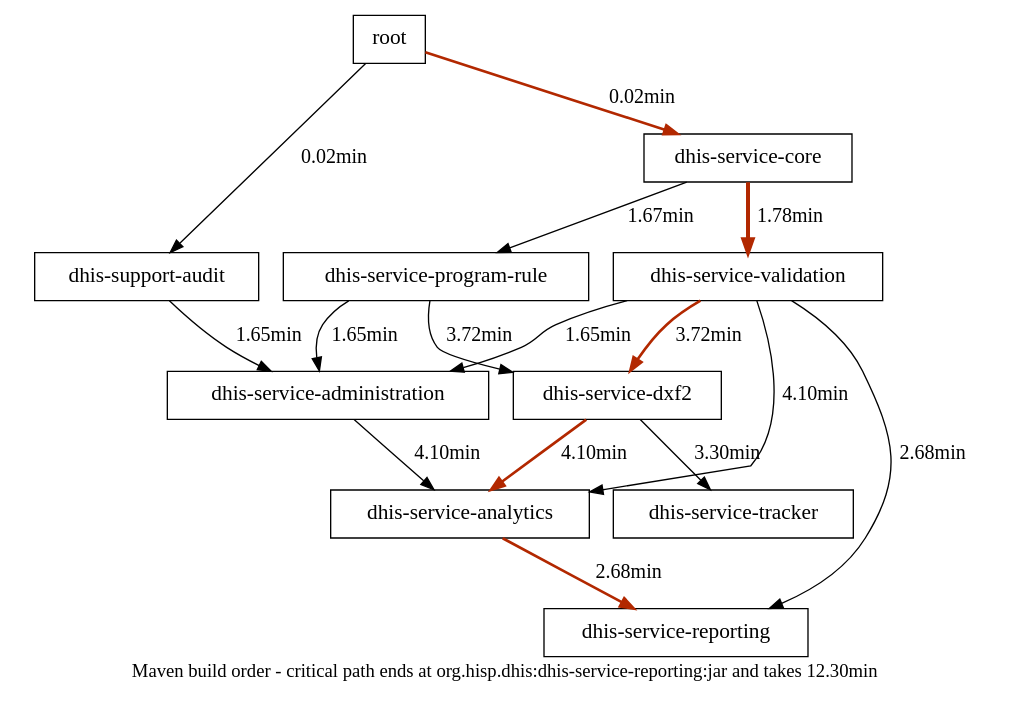
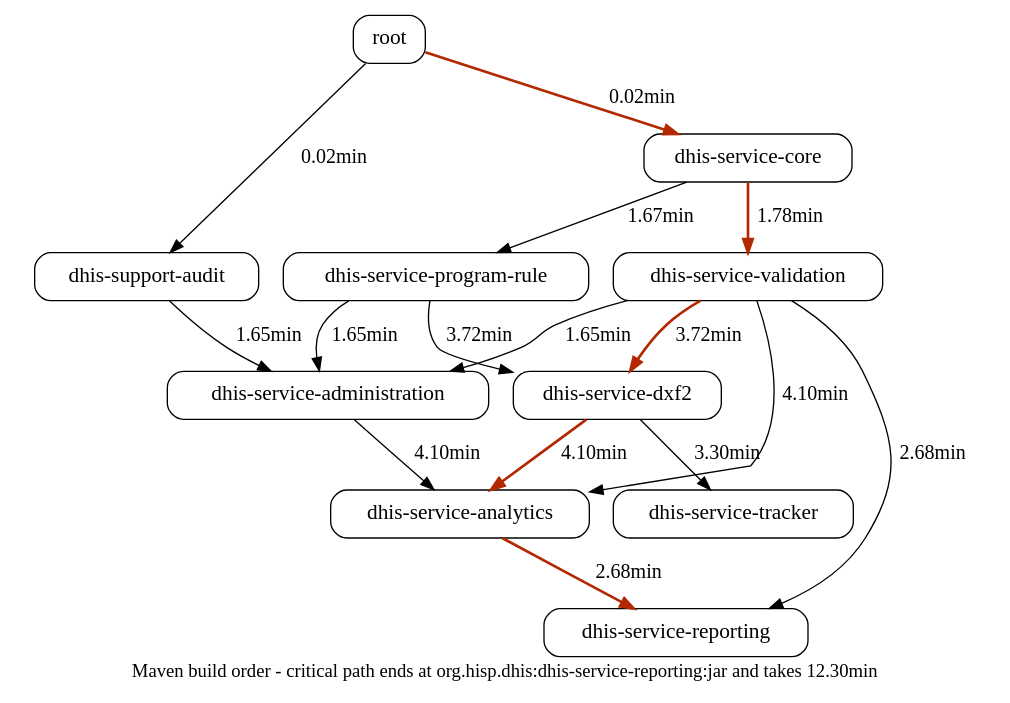
Before and after one commit to teleivo/critic: the diagram in critical_path.dot, drawn with Graphviz. The commit also changed 4 other files, not shown here.

```diff
--- a/critical_path.dot
+++ b/critical_path.dot
@@ -1,28 +1,28 @@
 strict digraph "maven build order" {
   label="Maven build order - critical path ends at org.hisp.dhis:dhis-service-reporting:jar and takes 12.30min";
-  "org.hisp.dhis:dhis-service-validation:jar" [ label="dhis-service-validation" shape="box" fontsize="16" ];
-  "org.hisp.dhis:dhis-service-core:jar" [ label="dhis-service-core" shape="box" fontsize="16" ];
-  "org.hisp.dhis:dhis-service-program-rule:jar" [ label="dhis-service-program-rule" shape="box" fontsize="16" ];
-  "org.hisp.dhis:dhis-service-administration:jar" [ label="dhis-service-administration" shape="box" fontsize="16" ];
-  "org.hisp.dhis:dhis-support-audit:jar" [ label="dhis-support-audit" shape="box" fontsize="16" ];
-  "org.hisp.dhis:dhis-service-dxf2:jar" [ label="dhis-service-dxf2" shape="box" fontsize="16" ];
-  "org.hisp.dhis:dhis-service-analytics:jar" [ label="dhis-service-analytics" shape="box" fontsize="16" ];
-  "org.hisp.dhis:dhis-service-tracker:jar" [ label="dhis-service-tracker" shape="box" fontsize="16" ];
-  "org.hisp.dhis:dhis-service-reporting:jar" [ label="dhis-service-reporting" shape="box" fontsize="16" ];
-  "root:root:null" [ label="root" shape="box" fontsize="16" ];
-  "org.hisp.dhis:dhis-service-core:jar" -> "org.hisp.dhis:dhis-service-validation:jar" [ penwidth="3" color="#b22800" weight="107.0" fontsize="15" label="1.78min" ];
+  "org.hisp.dhis:dhis-service-validation:jar" [ label="dhis-service-validation" fontsize="16" shape="box" style="rounded" ];
+  "org.hisp.dhis:dhis-service-core:jar" [ label="dhis-service-core" fontsize="16" shape="box" style="rounded" ];
+  "org.hisp.dhis:dhis-service-program-rule:jar" [ label="dhis-service-program-rule" fontsize="16" shape="box" style="rounded" ];
+  "org.hisp.dhis:dhis-service-administration:jar" [ label="dhis-service-administration" fontsize="16" shape="box" style="rounded" ];
+  "org.hisp.dhis:dhis-support-audit:jar" [ label="dhis-support-audit" fontsize="16" shape="box" style="rounded" ];
+  "org.hisp.dhis:dhis-service-dxf2:jar" [ label="dhis-service-dxf2" fontsize="16" shape="box" style="rounded" ];
+  "org.hisp.dhis:dhis-service-analytics:jar" [ label="dhis-service-analytics" fontsize="16" shape="box" style="rounded" ];
+  "org.hisp.dhis:dhis-service-tracker:jar" [ label="dhis-service-tracker" fontsize="16" shape="box" style="rounded" ];
+  "org.hisp.dhis:dhis-service-reporting:jar" [ label="dhis-service-reporting" fontsize="16" shape="box" style="rounded" ];
+  "root:root:null" [ label="root" fontsize="16" shape="box" style="rounded" ];
+  "org.hisp.dhis:dhis-service-core:jar" -> "org.hisp.dhis:dhis-service-validation:jar" [ penwidth="2" color="#b22800" weight="107.0" fontsize="15" label="1.78min" ];
   "org.hisp.dhis:dhis-service-core:jar" -> "org.hisp.dhis:dhis-service-program-rule:jar" [ weight="100.0" fontsize="15" label="1.67min" ];
   "org.hisp.dhis:dhis-service-program-rule:jar" -> "org.hisp.dhis:dhis-service-administration:jar" [ weight="99.0" fontsize="15" label="1.65min" ];
   "org.hisp.dhis:dhis-service-validation:jar" -> "org.hisp.dhis:dhis-service-administration:jar" [ weight="99.0" fontsize="15" label="1.65min" ];
   "org.hisp.dhis:dhis-support-audit:jar" -> "org.hisp.dhis:dhis-service-administration:jar" [ weight="99.0" fontsize="15" label="1.65min" ];
   "org.hisp.dhis:dhis-service-program-rule:jar" -> "org.hisp.dhis:dhis-service-dxf2:jar" [ weight="223.0" fontsize="15" label="3.72min" ];
   "org.hisp.dhis:dhis-service-validation:jar" -> "org.hisp.dhis:dhis-service-dxf2:jar" [ penwidth="2" color="#b22800" weight="223.0" fontsize="15" label="3.72min" ];
   "org.hisp.dhis:dhis-service-dxf2:jar" -> "org.hisp.dhis:dhis-service-analytics:jar" [ penwidth="2" color="#b22800" weight="246.0" fontsize="15" label="4.10min" ];
   "org.hisp.dhis:dhis-service-administration:jar" -> "org.hisp.dhis:dhis-service-analytics:jar" [ weight="246.0" fontsize="15" label="4.10min" ];
   "org.hisp.dhis:dhis-service-validation:jar" -> "org.hisp.dhis:dhis-service-analytics:jar" [ weight="246.0" fontsize="15" label="4.10min" ];
   "org.hisp.dhis:dhis-service-dxf2:jar" -> "org.hisp.dhis:dhis-service-tracker:jar" [ weight="198.0" fontsize="15" label="3.30min" ];
   "org.hisp.dhis:dhis-service-analytics:jar" -> "org.hisp.dhis:dhis-service-reporting:jar" [ penwidth="2" color="#b22800" weight="161.0" fontsize="15" label="2.68min" ];
   "org.hisp.dhis:dhis-service-validation:jar" -> "org.hisp.dhis:dhis-service-reporting:jar" [ weight="161.0" fontsize="15" label="2.68min" ];
   "root:root:null" -> "org.hisp.dhis:dhis-service-core:jar" [ penwidth="2" color="#b22800" weight="1.0" fontsize="15" label="0.02min" ];
   "root:root:null" -> "org.hisp.dhis:dhis-support-audit:jar" [ weight="1.0" fontsize="15" label="0.02min" ];
 }
```
